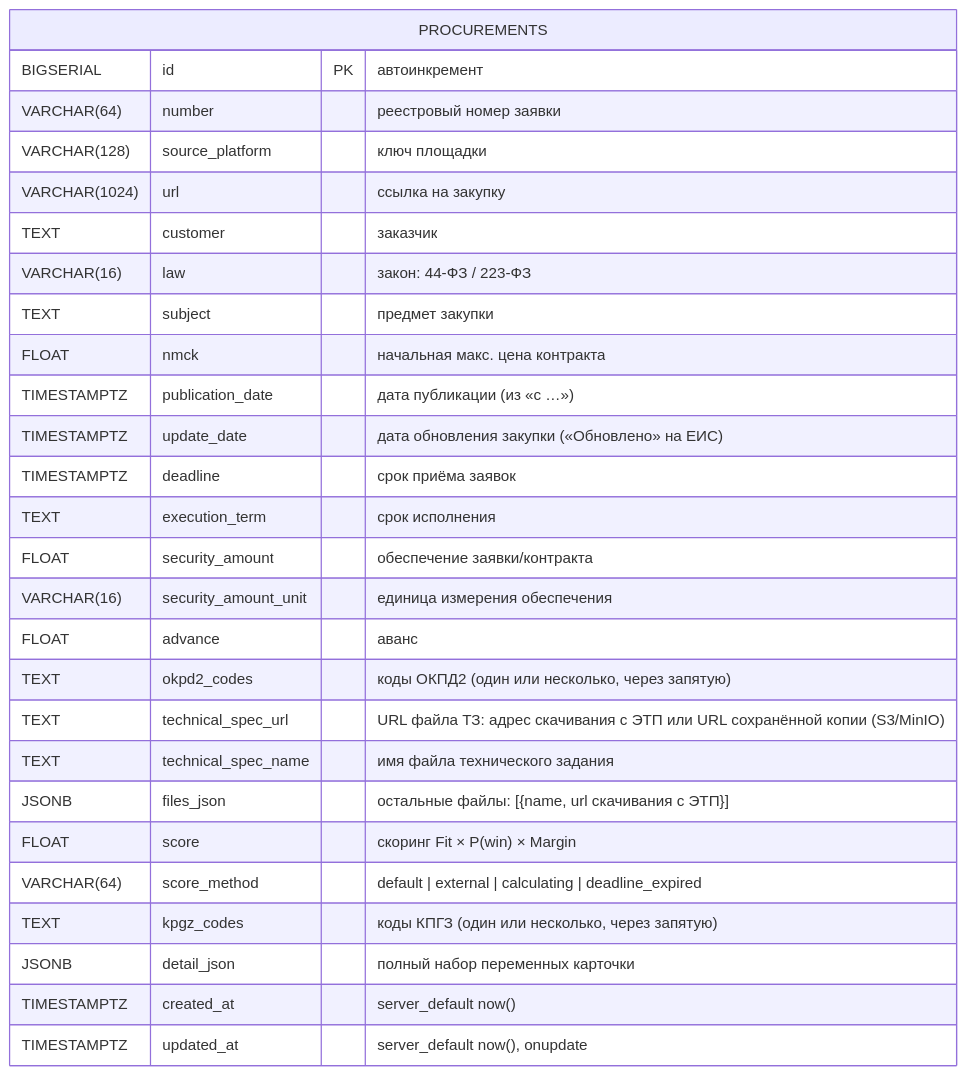
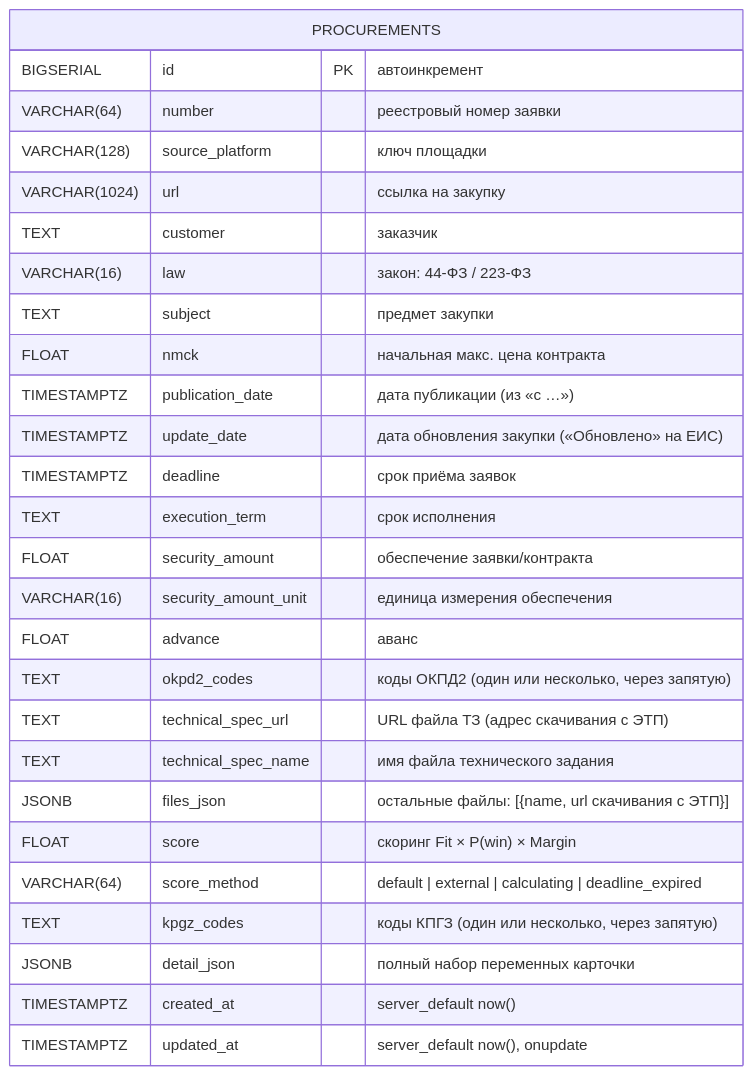
The diagram in docs/c4/db-schema.md (igorvolk1961/zakupki_parser), drawn with Mermaid before and after one commit. The commit also changed 24 other files, not shown here.

````diff
--- a/docs/c4/db-schema.md
+++ b/docs/c4/db-schema.md
@@ -6,30 +6,30 @@
 ```mermaid
 erDiagram
     PROCUREMENTS {
         BIGSERIAL id PK "автоинкремент"
         VARCHAR(64) number "реестровый номер заявки"
         VARCHAR(128) source_platform "ключ площадки"
         VARCHAR(1024) url "ссылка на закупку"
         TEXT customer "заказчик"
         VARCHAR(16) law "закон: 44-ФЗ / 223-ФЗ"
         TEXT subject "предмет закупки"
         FLOAT nmck "начальная макс. цена контракта"
         TIMESTAMPTZ publication_date "дата публикации (из «с …»)"
         TIMESTAMPTZ update_date "дата обновления закупки («Обновлено» на ЕИС)"
         TIMESTAMPTZ deadline "срок приёма заявок"
         TEXT execution_term "срок исполнения"
         FLOAT security_amount "обеспечение заявки/контракта"
         VARCHAR(16) security_amount_unit "единица измерения обеспечения"
         FLOAT advance "аванс"
         TEXT okpd2_codes "коды ОКПД2 (один или несколько, через запятую)"
-        TEXT technical_spec_url "URL файла ТЗ: адрес скачивания с ЭТП или URL сохранённой копии (S3/MinIO)"
+        TEXT technical_spec_url "URL файла ТЗ (адрес скачивания с ЭТП)"
         TEXT technical_spec_name "имя файла технического задания"
         JSONB files_json "остальные файлы: [{name, url скачивания с ЭТП}]"
         FLOAT score "скоринг Fit × P(win) × Margin"
         VARCHAR(64) score_method "default | external | calculating | deadline_expired"
         TEXT kpgz_codes "коды КПГЗ (один или несколько, через запятую)"
         JSONB detail_json "полный набор переменных карточки"
         TIMESTAMPTZ created_at "server_default now()"
         TIMESTAMPTZ updated_at "server_default now(), onupdate"
     }
 ```
````
